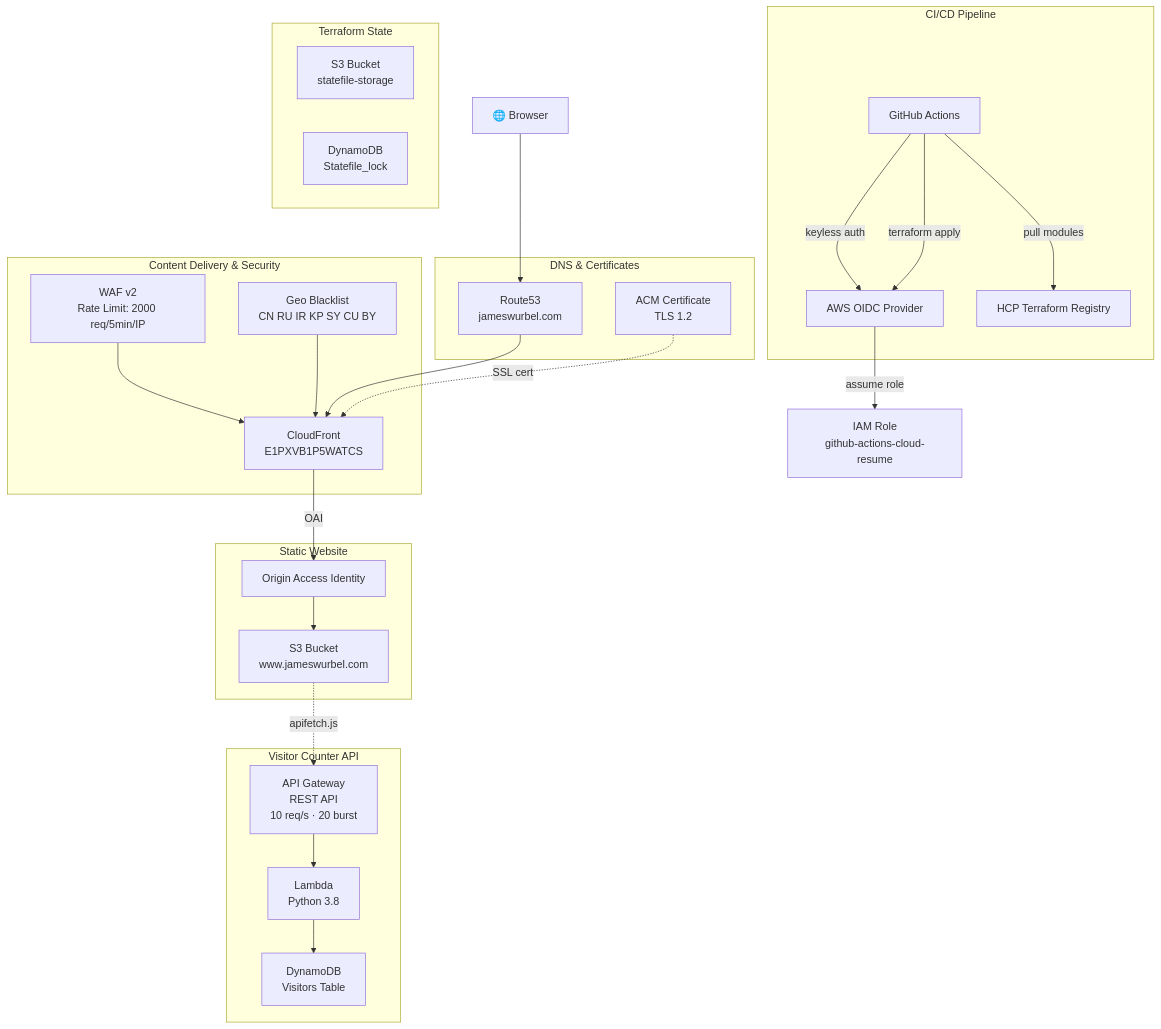
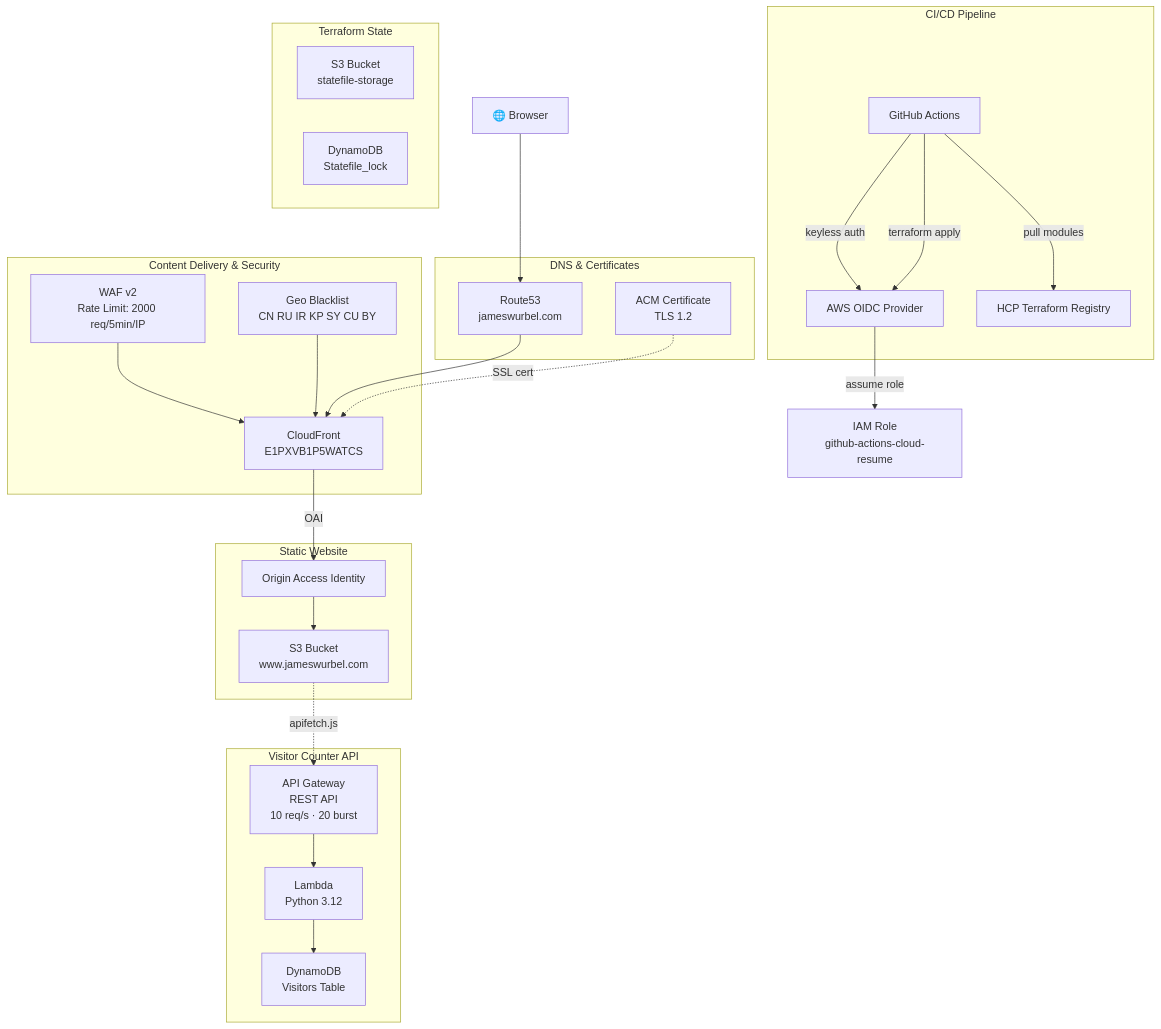
The diagram in README.md (jamesoundb/Resume_Challenge), drawn with Mermaid before and after one commit. The commit also changed other lines of this file and 1 other file, not shown here.

Commit message:
Upgrade Lambda runtime from Python 3.8 to Python 3.12
Python 3.8 is deprecated on AWS Lambda. The handler only uses boto3,
which is included in the python3.12 runtime, so no code changes are needed.

Claude-Session: https://claude.ai/code/session_01UAsL8pELfQG5ZZ9zLsoMn2

````diff
--- a/README.md
+++ b/README.md
@@ -9,47 +9,47 @@
 ```mermaid
 flowchart TB
     subgraph CI["CI/CD Pipeline"]
         GH["GitHub Actions"]
         OIDC["AWS OIDC Provider"]
         HCP["HCP Terraform Registry"]
         GH -->|"keyless auth"| OIDC
         GH -->|"pull modules"| HCP
     end
 
     subgraph DNS["DNS & Certificates"]
         R53["Route53\njameswurbel.com"]
         ACM["ACM Certificate\nTLS 1.2"]
     end
 
     subgraph CDN["Content Delivery & Security"]
         WAF["WAF v2\nRate Limit: 2000 req/5min/IP"]
         GEO["Geo Blacklist\nCN RU IR KP SY CU BY"]
         CF["CloudFront\nE1PXVB1P5WATCS"]
         WAF --> CF
         GEO --> CF
     end
 
     subgraph Static["Static Website"]
         S3W["S3 Bucket\nwww.jameswurbel.com"]
         OAI["Origin Access Identity"]
         CF -->|"OAI"| OAI --> S3W
     end
 
     subgraph API["Visitor Counter API"]
         APIGW["API Gateway\nREST API\n10 req/s · 20 burst"]
-        LMB["Lambda\nPython 3.8"]
+        LMB["Lambda\nPython 3.12"]
         DDB["DynamoDB\nVisitors Table"]
         APIGW --> LMB --> DDB
     end
 
     subgraph State["Terraform State"]
         S3S["S3 Bucket\nstatefile-storage"]
         DDBL["DynamoDB\nStatefile_lock"]
     end
 
     Browser["🌐 Browser"] --> R53
     R53 --> CF
     S3W -.->|"apifetch.js"| APIGW
     ACM -.->|"SSL cert"| CF
     GH -->|"terraform apply"| OIDC -->|"assume role"| IAM["IAM Role\ngithub-actions-cloud-resume"]
 ```
````
